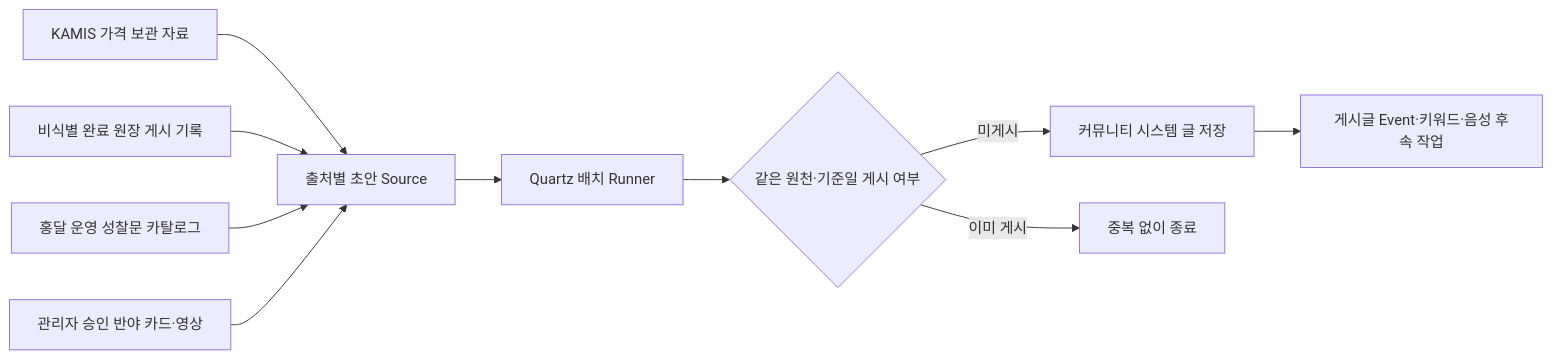
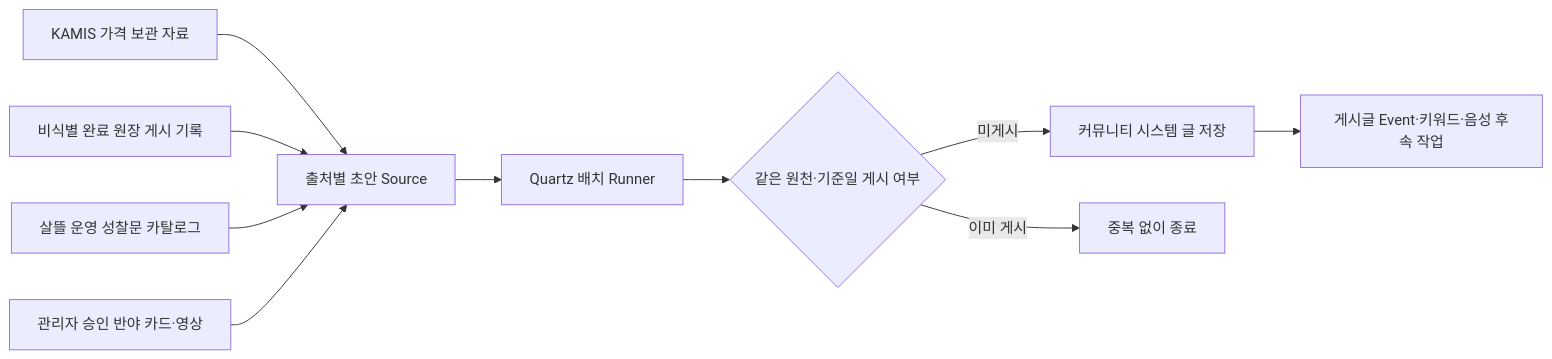
Before and after one commit to cheolwo/hongdal: the diagram in docs/Architecture/CommunityAutomatedEditorialBatch.md, drawn with Mermaid. The commit also changed other lines of this file and 6611 other files, not shown here.

````diff
--- a/docs/Architecture/CommunityAutomatedEditorialBatch.md
+++ b/docs/Architecture/CommunityAutomatedEditorialBatch.md
@@ -7,12 +7,12 @@
 ```mermaid
 flowchart LR
     A["KAMIS 가격 보관 자료"] --> D["출처별 초안 Source"]
     B["비식별 완료 원장 게시 기록"] --> D
-    C["홍달 운영 성찰문 카탈로그"] --> D
+    C["살뜰 운영 성찰문 카탈로그"] --> D
     P["관리자 승인 반야 카드·영상"] --> D
     D --> E["Quartz 배치 Runner"]
     E --> F{"같은 원천·기준일 게시 여부"}
     F -->|미게시| G["커뮤니티 시스템 글 저장"]
     F -->|이미 게시| H["중복 없이 종료"]
     G --> I["게시글 Event·키워드·음성 후속 작업"]
 ```
````
